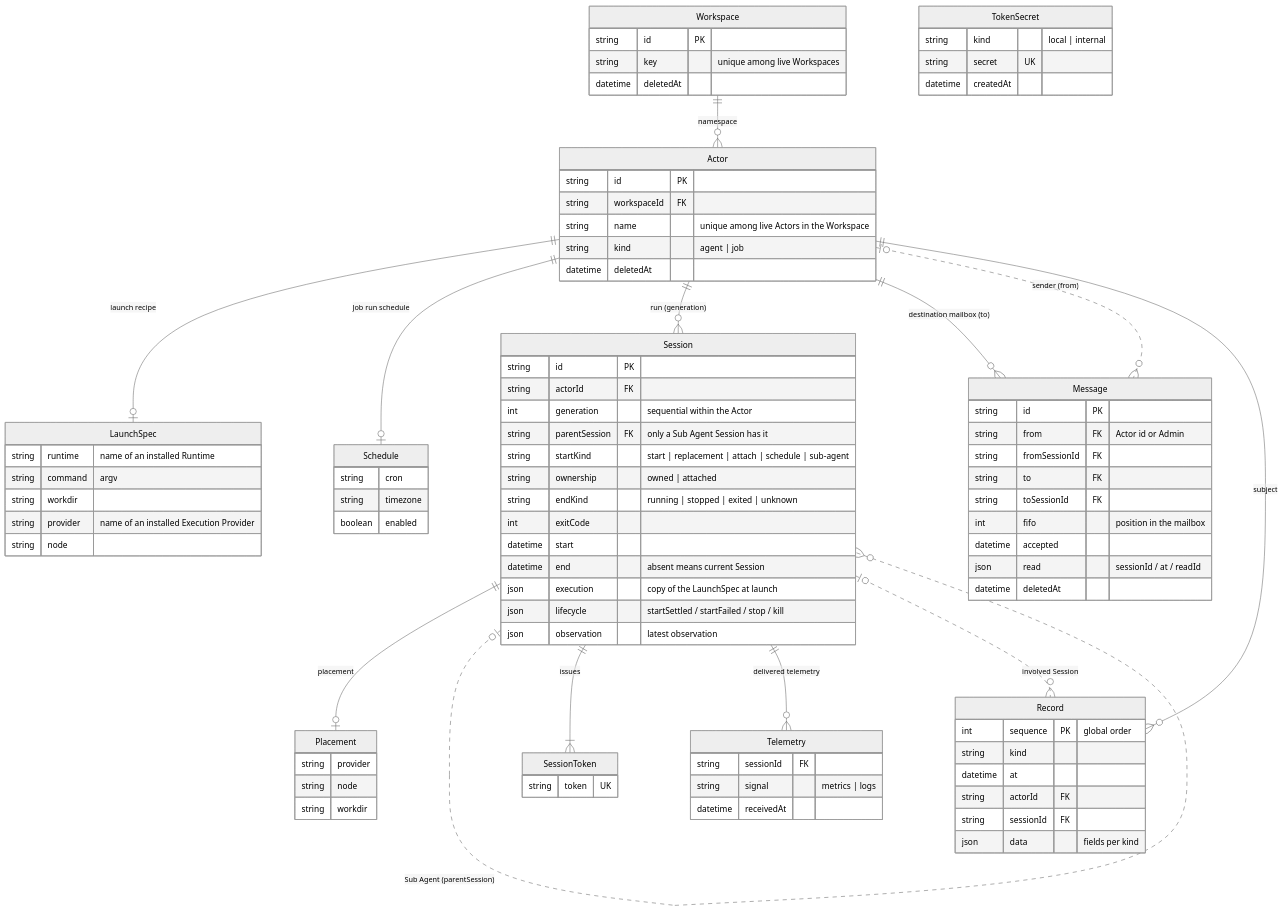
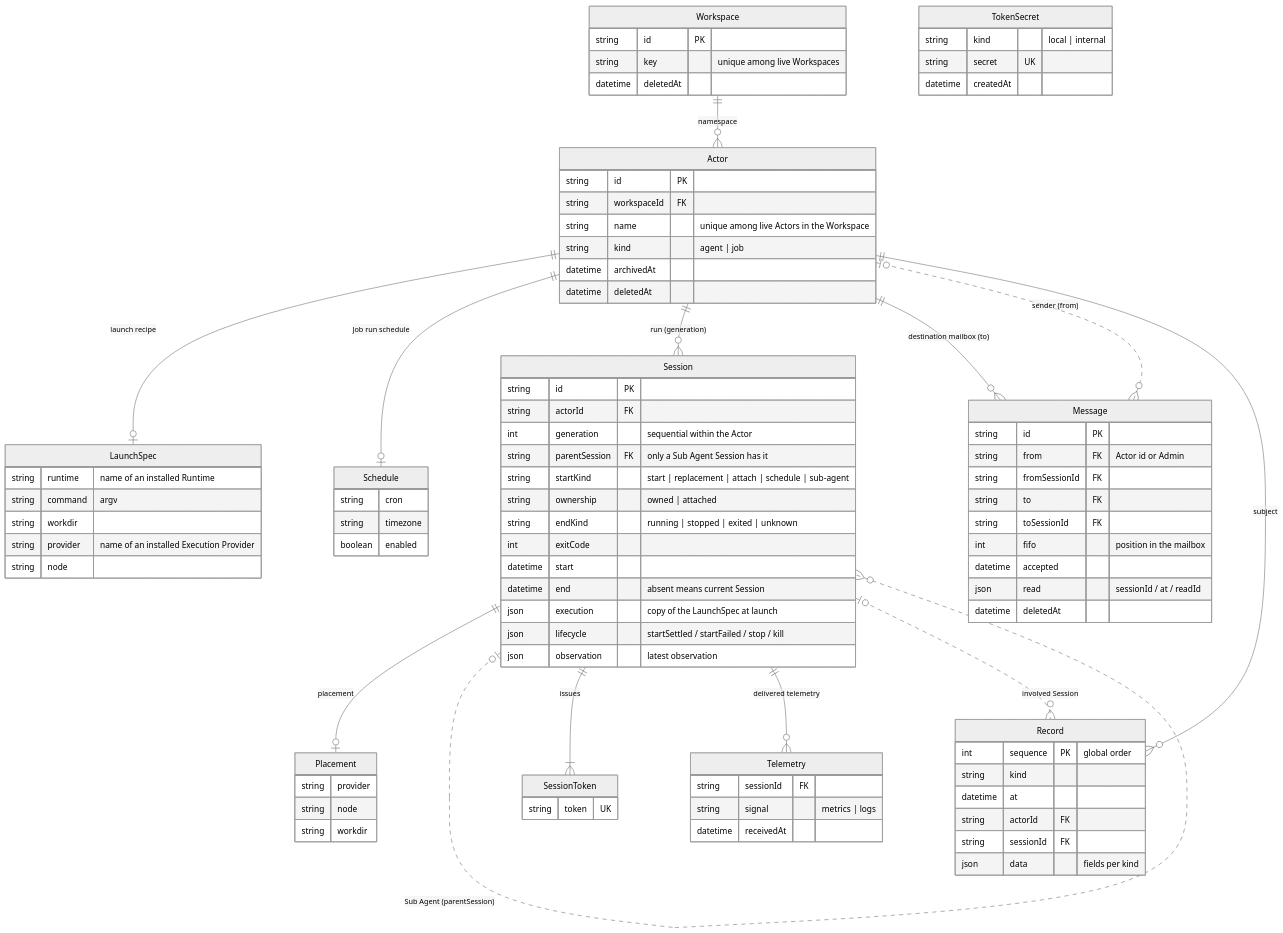
Before and after one commit to crestai-labs/feld: the diagram in docs/spec/concepts/er-diagram.md, drawn with Mermaid (neutral theme). The commit also changed 9 other files, not shown here.

```diff
--- a/docs/spec/concepts/er-diagram.md
+++ b/docs/spec/concepts/er-diagram.md
@@ -27,6 +27,7 @@
     string workspaceId FK
     string name "unique among live Actors in the Workspace"
     string kind "agent | job"
+    datetime archivedAt
     datetime deletedAt
   }
   LaunchSpec {
```
